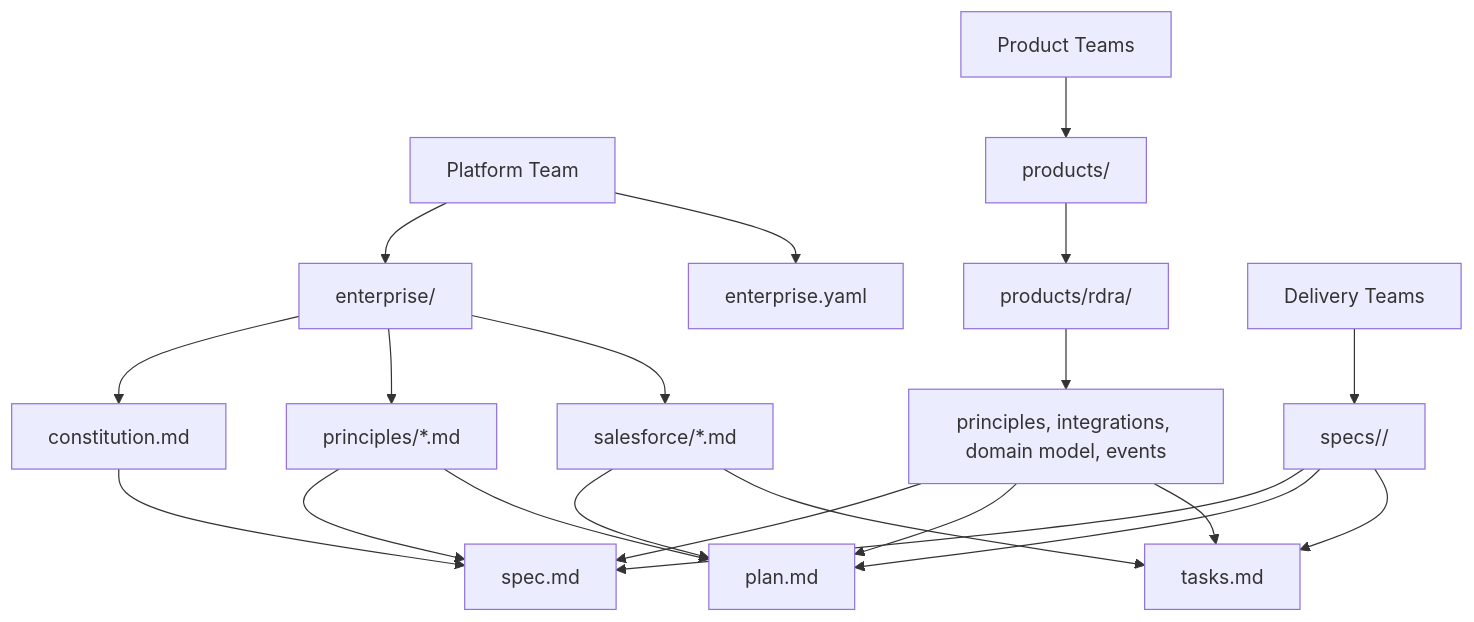
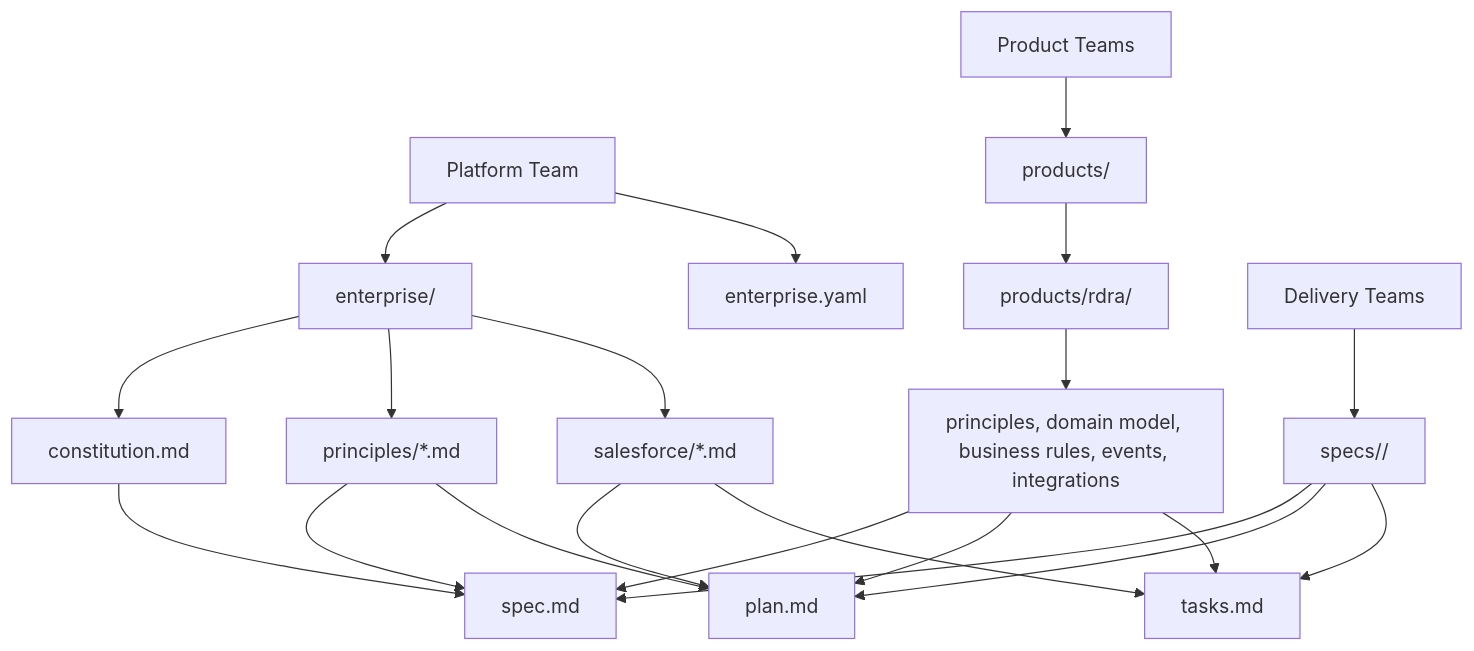
Before and after one commit to salesforceseeker41-sys/spec-kit: the first of 2 diagrams in docs/enterprise-governance.md, drawn with Mermaid. The commit also changed other lines of this file and 344 other files, not shown here.

````diff
--- a/docs/enterprise-governance.md
+++ b/docs/enterprise-governance.md
@@ -88,26 +88,26 @@
 ```mermaid
 flowchart TD
     Platform[Platform Team] --> Enterprise[enterprise/]
     Platform --> EnterpriseYaml[enterprise.yaml]
     Enterprise --> Constitution[constitution.md]
     Enterprise --> Principles[principles/*.md]
     Enterprise --> Salesforce[salesforce/*.md]
 
     Product[Product Teams] --> Products[products/]
     Products --> RDRA[products/rdra/]
-    RDRA --> ProductDocs[principles, integrations, domain model, events]
+    RDRA --> ProductDocs[principles, domain model, business rules, events, integrations]
 
     Delivery[Delivery Teams] --> Feature[specs/<feature>/]
     Feature --> Spec[spec.md]
     Feature --> Plan[plan.md]
     Feature --> Tasks[tasks.md]
 
     Constitution --> Spec
     Principles --> Spec
     Principles --> Plan
     Salesforce --> Plan
     Salesforce --> Tasks
     ProductDocs --> Spec
     ProductDocs --> Plan
     ProductDocs --> Tasks
 ```
````
